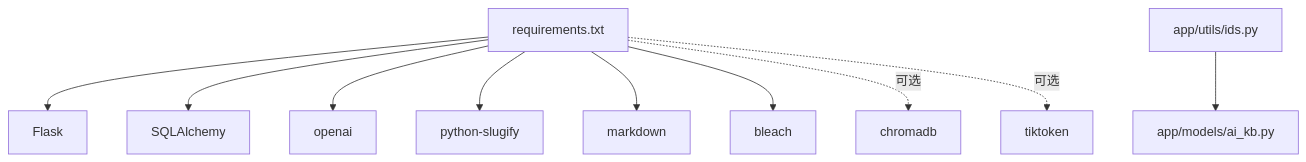
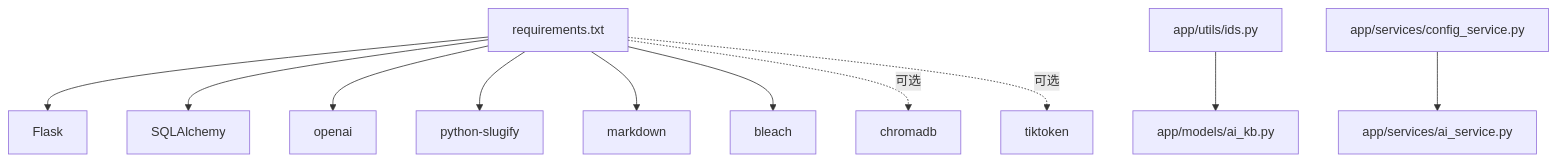
One commit to beyondalbert/my_wiki changed the tenth of 11 diagrams in .qoder/repowiki/zh/content/核心模块/AI知识库模块/AI知识库服务层.md. Above: the diagram before and after it, drawn with Mermaid. The commit also changed other lines of this file and 17 other files, not shown here.

````diff
--- a/.qoder/repowiki/zh/content/核心模块/AI知识库模块/AI知识库服务层.md
+++ b/.qoder/repowiki/zh/content/核心模块/AI知识库模块/AI知识库服务层.md
@@ -368,12 +380,13 @@
 ```mermaid
 graph TB
 REQ["requirements.txt"] --> FLASK["Flask"]
 REQ --> SA["SQLAlchemy"]
 REQ --> OA["openai"]
 REQ --> SLUG["python-slugify"]
 REQ --> MD["markdown"]
 REQ --> BL["bleach"]
 REQ -. 可选 .-> CHROMA["chromadb"]
 REQ -. 可选 .-> TIK["tiktoken"]
 ID_GEN["app/utils/ids.py"] --> MODELS["app/models/ai_kb.py"]
+CONF_SVC["app/services/config_service.py"] --> SVC_AI["app/services/ai_service.py"]
 ```
````
